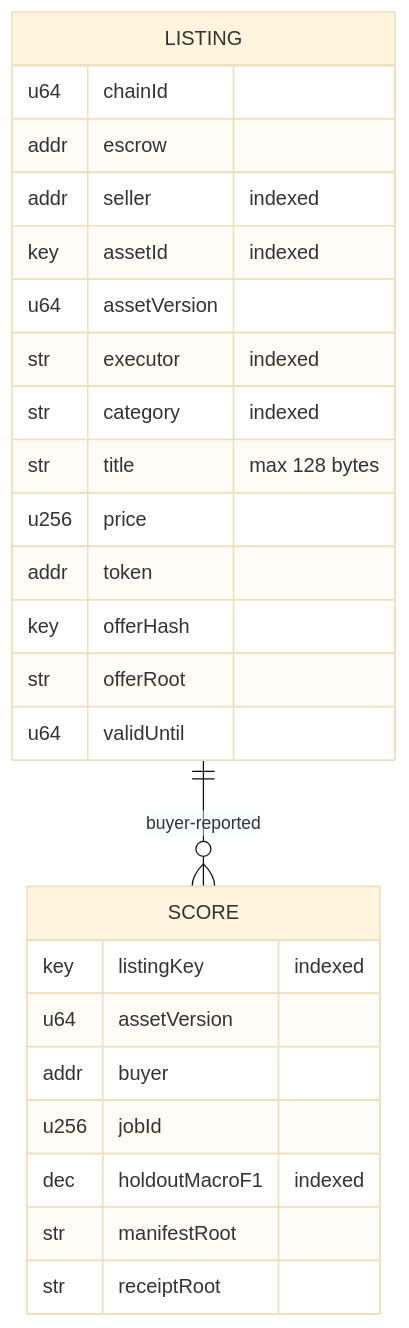
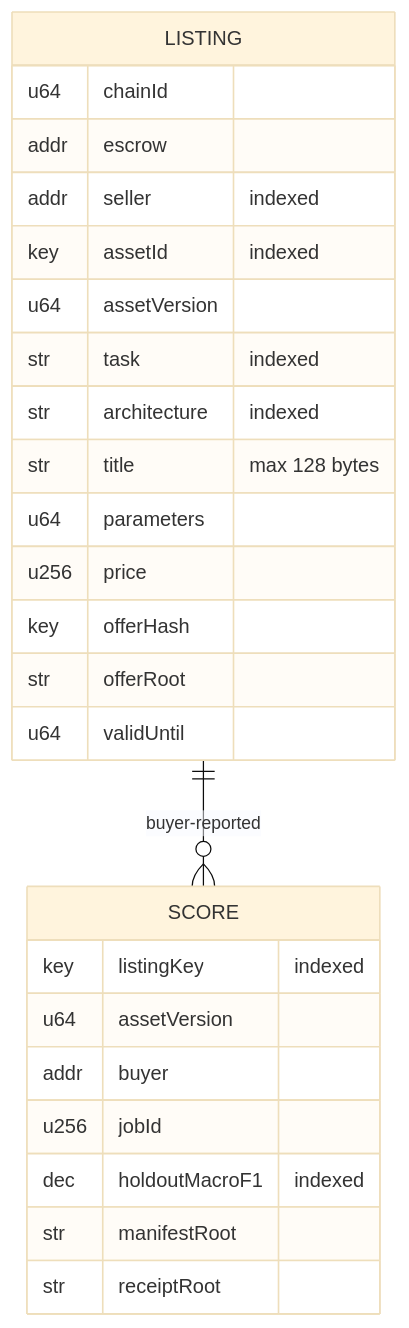
One commit to Soni-Shivam/Pivot_HTE changed diagram 14 of 16 in docs/ARCHITECTURE.md. Above: the diagram before and after it, drawn with Mermaid (base theme). The commit also changed other lines of this file and 7 other files, not shown here.

````diff
--- a/docs/ARCHITECTURE.md
+++ b/docs/ARCHITECTURE.md
@@ -377,28 +376,28 @@
 ```mermaid
 erDiagram
     LISTING {
         u64 chainId
         addr escrow
         addr seller "indexed"
         key assetId "indexed"
         u64 assetVersion
-        str executor "indexed"
-        str category "indexed"
+        str task "indexed"
+        str architecture "indexed"
         str title "max 128 bytes"
+        u64 parameters
         u256 price
-        addr token
         key offerHash
         str offerRoot
         u64 validUntil
     }
     SCORE {
         key listingKey "indexed"
         u64 assetVersion
         addr buyer
         u256 jobId
         dec holdoutMacroF1 "indexed"
         str manifestRoot
         str receiptRoot
     }
     LISTING ||--o{ SCORE : "buyer-reported"
 ```
````
